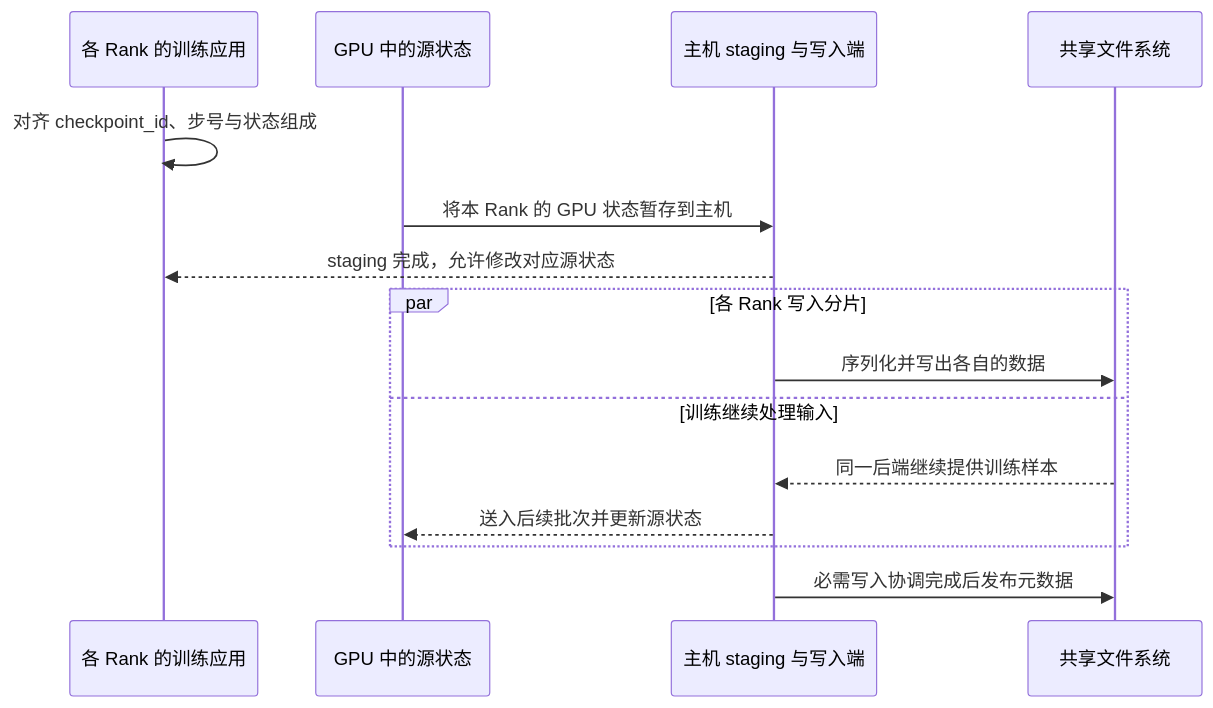
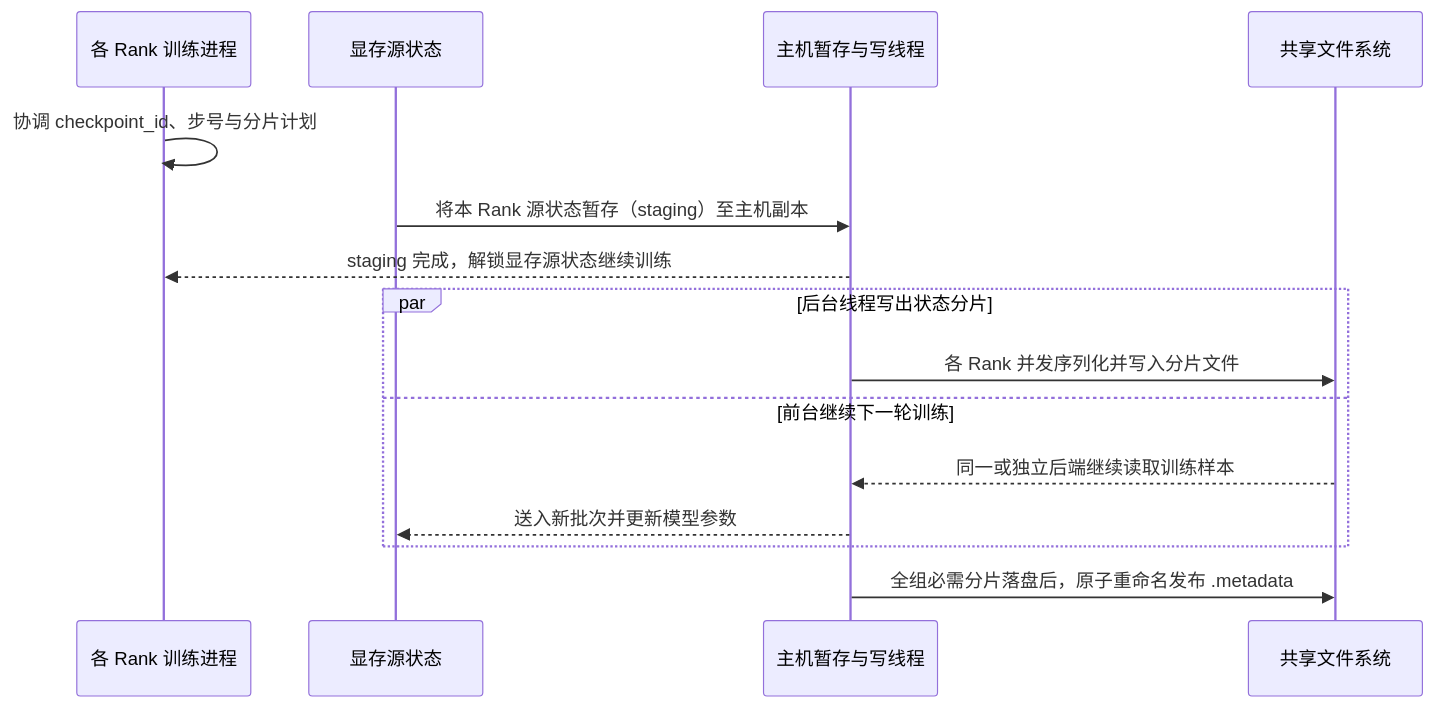
The diagram in AI-Infra/09_GPU的数据从哪里来_存储与IO/04_Checkpoint 的一致快照、写入与恢复.md (realtyz/ops-manual), drawn with Mermaid before and after one commit. The commit also changed other lines of this file and 194 other files, not shown here.

````diff
--- a/AI-Infra/09_GPU的数据从哪里来_存储与IO/04_Checkpoint 的一致快照、写入与恢复.md
+++ b/AI-Infra/09_GPU的数据从哪里来_存储与IO/04_Checkpoint 的一致快照、写入与恢复.md
@@ -23,17 +29,18 @@
 ```mermaid
 sequenceDiagram
-    participant App as 各 Rank 的训练应用
-    participant GPU as GPU 中的源状态
-    participant Host as 主机 staging 与写入端
+    accDescr: 展示 PyTorch DCP 分布式检查点保存时序，包含步号对齐、显存到主机暂存、后台分片写入与训练继续并行，以及最终元数据发布。
+    participant App as 各 Rank 训练进程
+    participant GPU as 显存源状态
+    participant Host as 主机暂存与写线程
     participant Store as 共享文件系统
-    App->>App: 对齐 checkpoint_id、步号与状态组成
-    GPU->>Host: 将本 Rank 的 GPU 状态暂存到主机
-    Host-->>App: staging 完成，允许修改对应源状态
-    par 各 Rank 写入分片
-        Host->>Store: 序列化并写出各自的数据
-    and 训练继续处理输入
-        Store-->>Host: 同一后端继续提供训练样本
-        Host-->>GPU: 送入后续批次并更新源状态
+    App->>App: 协调 checkpoint_id、步号与分片计划
+    GPU->>Host: 将本 Rank 源状态暂存（staging）至主机副本
+    Host-->>App: staging 完成，解锁显存源状态继续训练
+    par 后台线程写出状态分片
+        Host->>Store: 各 Rank 并发序列化并写入分片文件
+    and 前台继续下一轮训练
+        Store-->>Host: 同一或独立后端继续读取训练样本
+        Host-->>GPU: 送入新批次并更新模型参数
     end
-    Host->>Store: 必需写入协调完成后发布元数据
+    Host->>Store: 全组必需分片落盘后，原子重命名发布 .metadata
 ```
````
